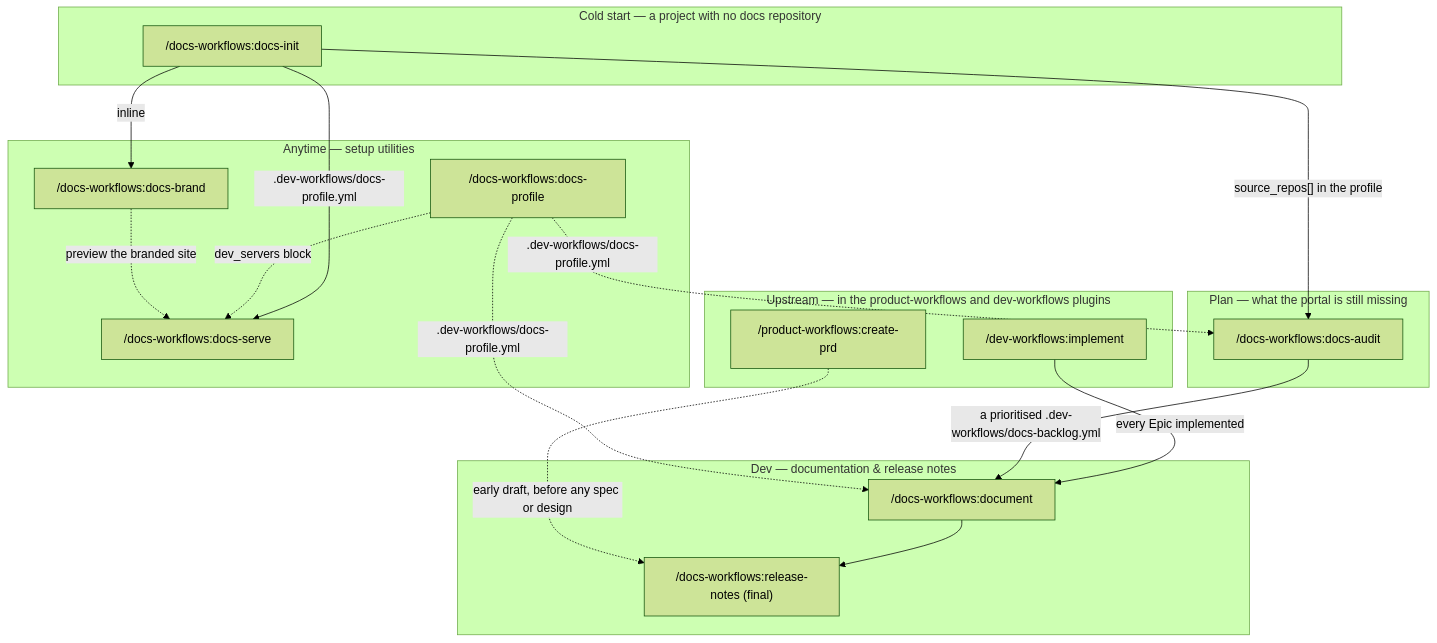
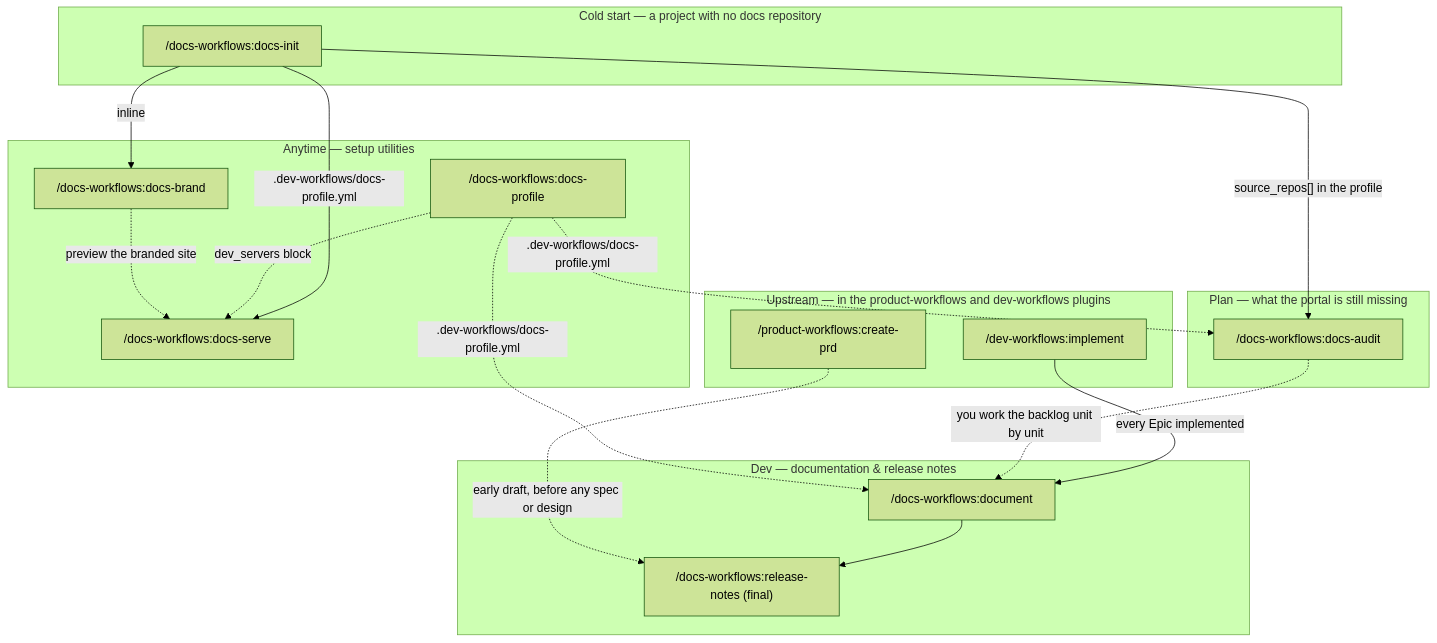
The diagram in plugins/docs-workflows/docs/workflow.md (ihudak/ihudak-claude-plugins), drawn with Mermaid (forest theme) before and after one commit. The commit also changed 9 other files, not shown here.

````diff
--- a/plugins/docs-workflows/docs/workflow.md
+++ b/plugins/docs-workflows/docs/workflow.md
@@ -5,34 +5,34 @@
 ```mermaid
 flowchart TD
     subgraph UP["Upstream — in the product-workflows and dev-workflows plugins"]
         implement["/dev-workflows:implement"]
         createprd["/product-workflows:create-prd"]
     end
     subgraph DOCS["Dev — documentation & release notes"]
         document["/docs-workflows:document"]
         rndev["/docs-workflows:release-notes (final)"]
         document --> rndev
     end
     subgraph COLD["Cold start — a project with no docs repository"]
         init["/docs-workflows:docs-init"]
     end
     subgraph PLAN["Plan — what the portal is still missing"]
         audit["/docs-workflows:docs-audit"]
     end
     subgraph SETUP["Anytime — setup utilities"]
         profile["/docs-workflows:docs-profile"]
         brand["/docs-workflows:docs-brand"]
         docsserve["/docs-workflows:docs-serve"]
     end
 
     implement -->|every Epic implemented| document
     createprd -.->|early draft, before any spec or design| rndev
     init -->|inline| brand
     init -->|"source_repos[] in the profile"| audit
-    audit -->|"a prioritised .dev-workflows/docs-backlog.yml"| document
+    audit -.->|"you work the backlog unit by unit"| document
     init -->|.dev-workflows/docs-profile.yml| docsserve
     profile -.->|.dev-workflows/docs-profile.yml| document
     profile -.->|.dev-workflows/docs-profile.yml| audit
     profile -.->|dev_servers block| docsserve
     brand -.->|preview the branded site| docsserve
 ```
````
